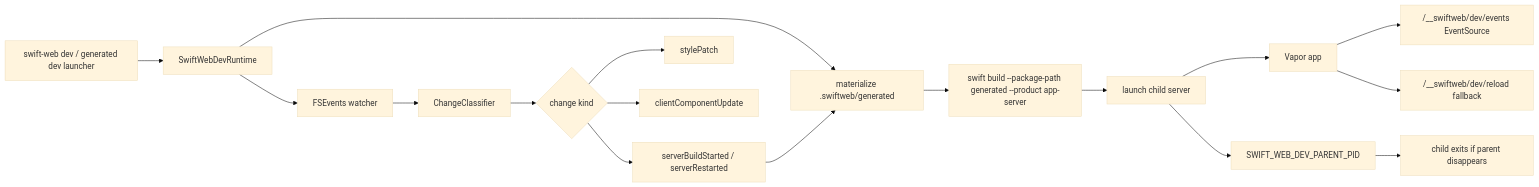
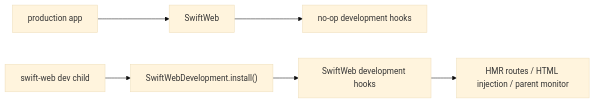
One commit to 1amageek/swift-web changed the third of 9 diagrams in Sources/SwiftWeb/README.md. Above: the diagram before and after it, drawn with Mermaid (base theme). The commit also changed other lines of this file and 60 other files, not shown here.

Commit message:
Integrate client WASM split loading and HMR

````diff
--- a/Sources/SwiftWeb/README.md
+++ b/Sources/SwiftWeb/README.md
@@ -138,19 +136,8 @@
 ```mermaid
 flowchart LR
-  A["swift-web dev / generated dev launcher"] --> B["SwiftWebDevRuntime"]
-  B --> C["materialize .swiftweb/generated"]
-  C --> D["swift build --package-path generated --product app-server"]
-  D --> E["launch child server"]
-  E --> F["Vapor app"]
-  B --> G["FSEvents watcher"]
-  G --> H["ChangeClassifier"]
-  H --> I{"change kind"}
-  I --> S["stylePatch"]
-  I --> W["clientComponentUpdate"]
-  I --> R["serverBuildStarted / serverRestarted"]
-  R --> C
-  E --> P["SWIFT_WEB_DEV_PARENT_PID"]
-  P --> M["child exits if parent disappears"]
-  F --> N["/__swiftweb/dev/events EventSource"]
-  F --> O["/__swiftweb/dev/reload fallback"]
+  A["production app"] --> B["SwiftWeb"]
+  B --> C["no-op development hooks"]
+  D["swift-web dev child"] --> E["SwiftWebDevelopment.install()"]
+  E --> F["SwiftWeb development hooks"]
+  F --> G["HMR routes / HTML injection / parent monitor"]
 ```
````
